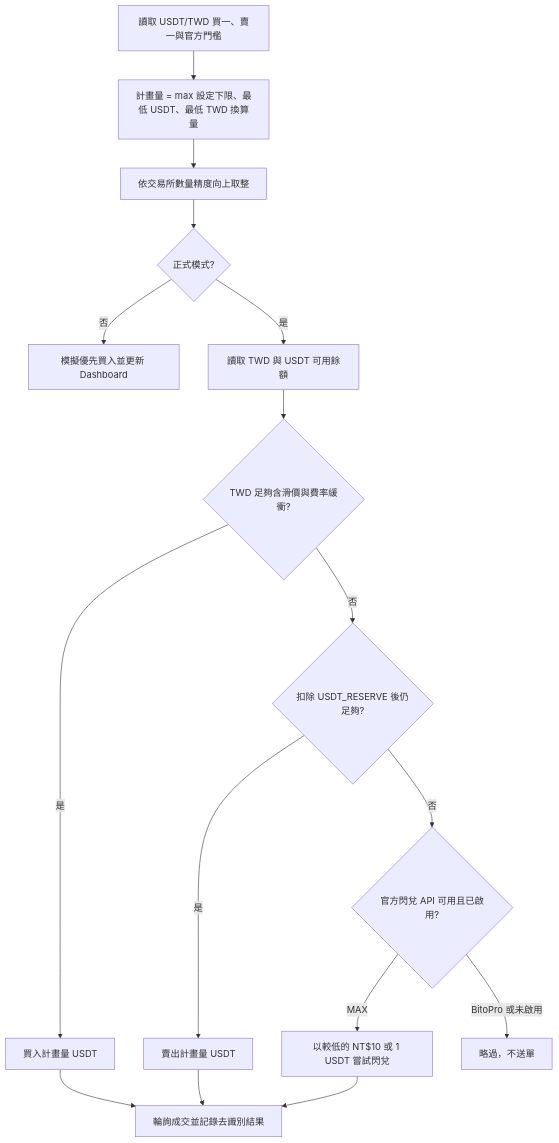
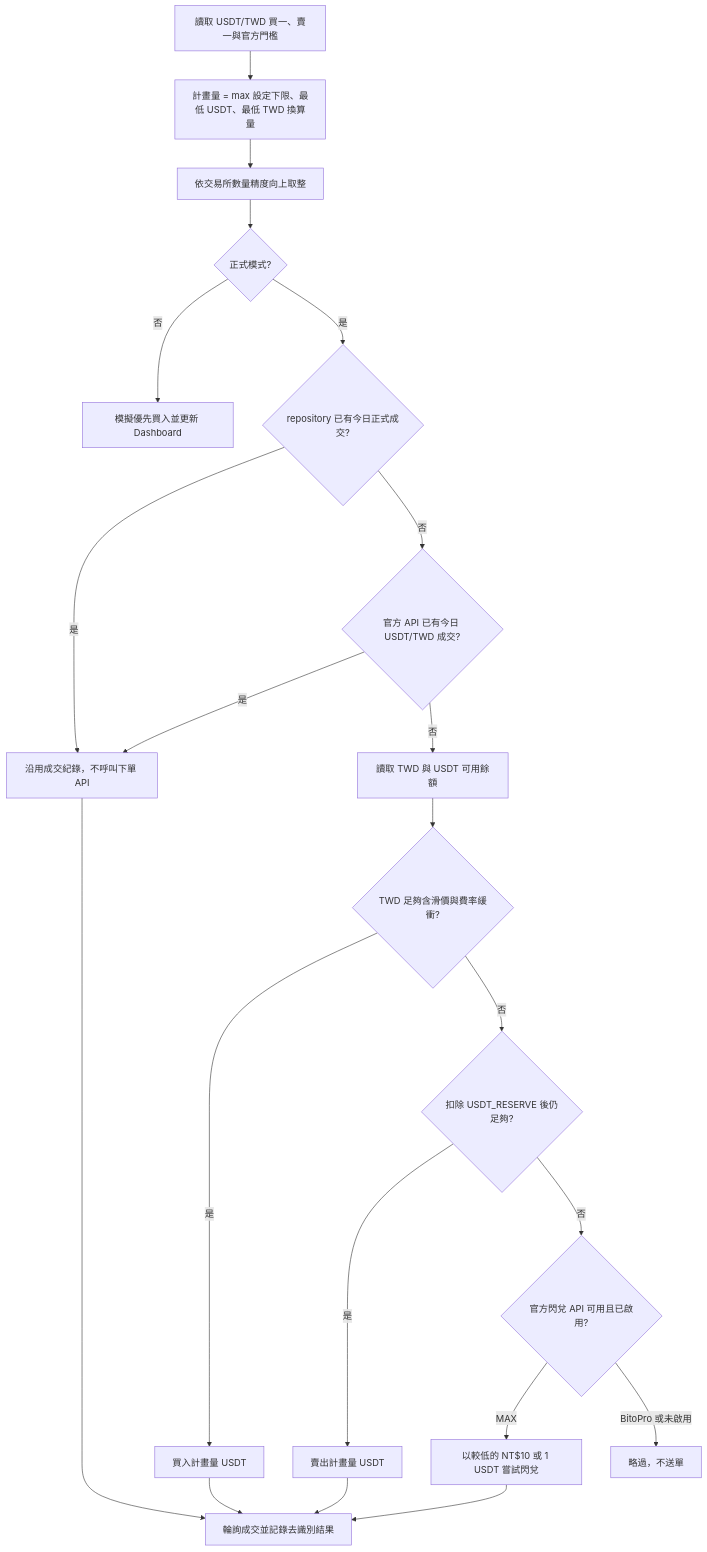
Before and after one commit to ChiJiun/usdt-invoice-pulse: the first of 2 diagrams in README.md, drawn with Mermaid. The commit also changed other lines of this file and 11 other files, not shown here.

````diff
--- a/README.md
+++ b/README.md
@@ -51,18 +52,23 @@
 ```mermaid
 flowchart TD
   A[讀取 USDT/TWD 買一、賣一與官方門檻] --> B[計畫量 = max 設定下限、最低 USDT、最低 TWD 換算量]
   B --> C[依交易所數量精度向上取整]
   C --> D{正式模式?}
   D -->|否| E[模擬優先買入並更新 Dashboard]
-  D -->|是| F[讀取 TWD 與 USDT 可用餘額]
+  D -->|是| R{repository 已有今日正式成交?}
+  R -->|是| S[沿用成交紀錄，不呼叫下單 API]
+  R -->|否| Q{官方 API 已有今日 USDT/TWD 成交?}
+  Q -->|是| S
+  Q -->|否| F[讀取 TWD 與 USDT 可用餘額]
   F --> G{TWD 足夠含滑價與費率緩衝?}
   G -->|是| H[買入計畫量 USDT]
   G -->|否| I{扣除 USDT_RESERVE 後仍足夠?}
   I -->|是| J[賣出計畫量 USDT]
   I -->|否| K{官方閃兌 API 可用且已啟用?}
   K -->|MAX| M[以較低的 NT$10 或 1 USDT 嘗試閃兌]
   K -->|BitoPro 或未啟用| N[略過，不送單]
   H --> L[輪詢成交並記錄去識別結果]
   J --> L
   M --> L
+  S --> L
 ```
````
